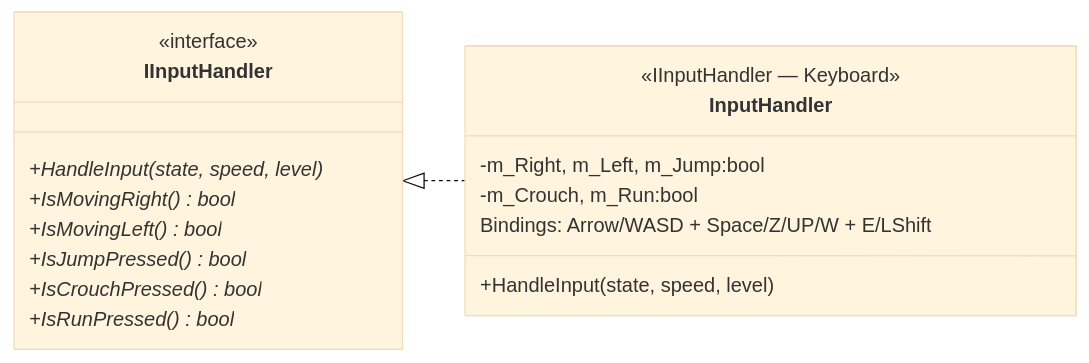
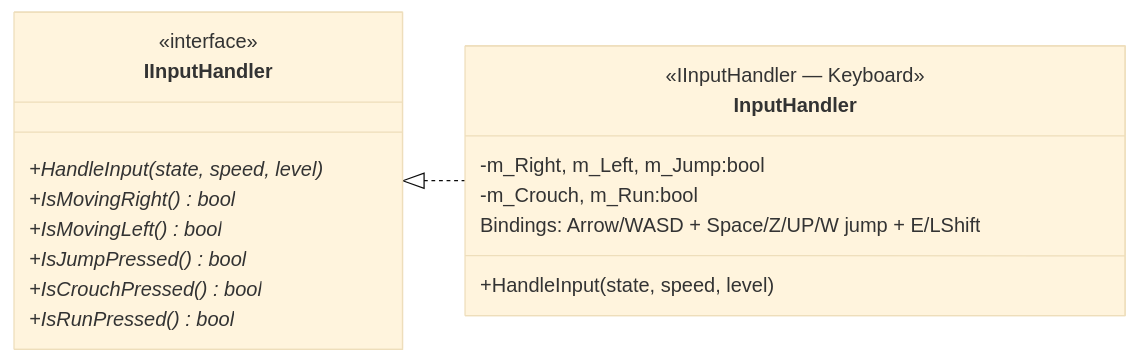
Before and after one commit to Andy87877/NTUT_OOPL_mario: diagram 11 of 23 in Constructure.md, drawn with Mermaid (base theme). The commit also changed other lines of this file and 24 other files, not shown here.

````diff
--- a/Constructure.md
+++ b/Constructure.md
@@ -728,24 +769,24 @@
 ```mermaid
 classDiagram
     direction LR
 
     class IInputHandler {
         <<interface>>
         +HandleInput(state, speed, level)*
         +IsMovingRight() bool*
         +IsMovingLeft() bool*
         +IsJumpPressed() bool*
         +IsCrouchPressed() bool*
         +IsRunPressed() bool*
     }
 
     class InputHandler {
         <<IInputHandler — Keyboard>>
         -m_Right, m_Left, m_Jump:bool
         -m_Crouch, m_Run:bool
-        Bindings: Arrow/WASD + Space/Z/UP/W + E/LShift
+        Bindings: Arrow/WASD + Space/Z/UP/W jump + E/LShift
         +HandleInput(state, speed, level)
     }
 
     IInputHandler <|.. InputHandler
 ```
````
